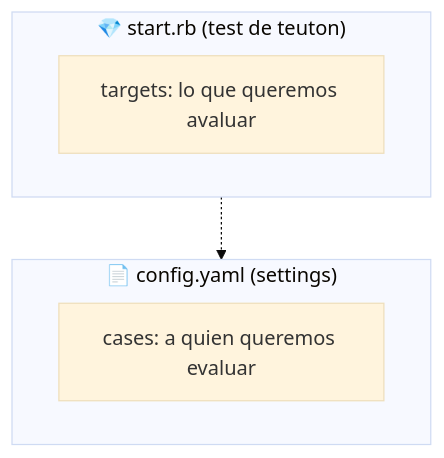
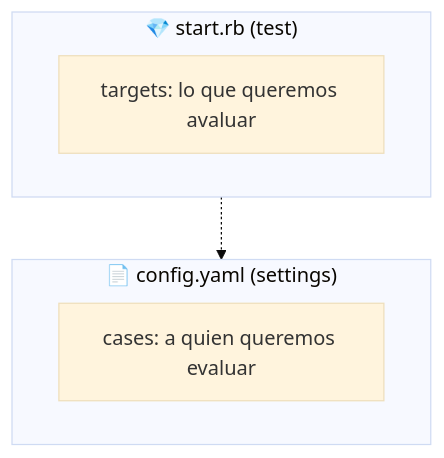
Before and after one commit to dvarrui/charlas: the diagram in teuton/nginx/docs/index.md, drawn with Mermaid (base theme).

````diff
--- a/teuton/nginx/docs/index.md
+++ b/teuton/nginx/docs/index.md
@@ -115,13 +115,13 @@
 ```mermaid
 graph TD
     subgraph Archivo1 ["📄 config.yaml (settings)"]
         C["cases: a quien queremos evaluar"]
     end
 
-    subgraph Archivo2 ["💎 start.rb (test de teuton)"]
+    subgraph Archivo2 ["💎 start.rb (test)"]
         T["targets: lo que queremos avaluar"]
     end
 
     %% Relación opcional: el test suele leer la configuración
     Archivo2 -.-> Archivo1
 ```
````
